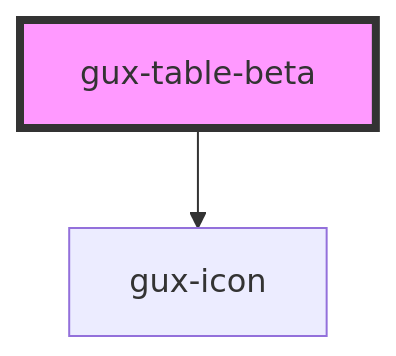
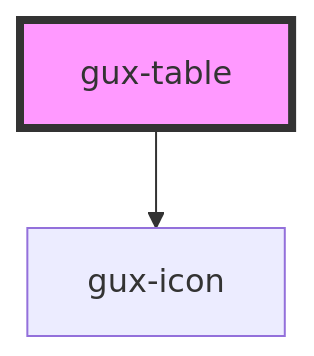
Before and after one commit to MyPureCloud/genesys-spark: the diagram in src/components/beta/gux-table/readme.md, drawn with Mermaid. The commit also changed other lines of this file and 5 other files, not shown here.

````diff
--- a/src/components/beta/gux-table/readme.md
+++ b/src/components/beta/gux-table/readme.md
@@ -24,5 +25,5 @@
 ```mermaid
 graph TD;
-  gux-table-beta --> gux-icon
-  style gux-table-beta fill:#f9f,stroke:#333,stroke-width:4px
+  gux-table --> gux-icon
+  style gux-table fill:#f9f,stroke:#333,stroke-width:4px
 ```
````
